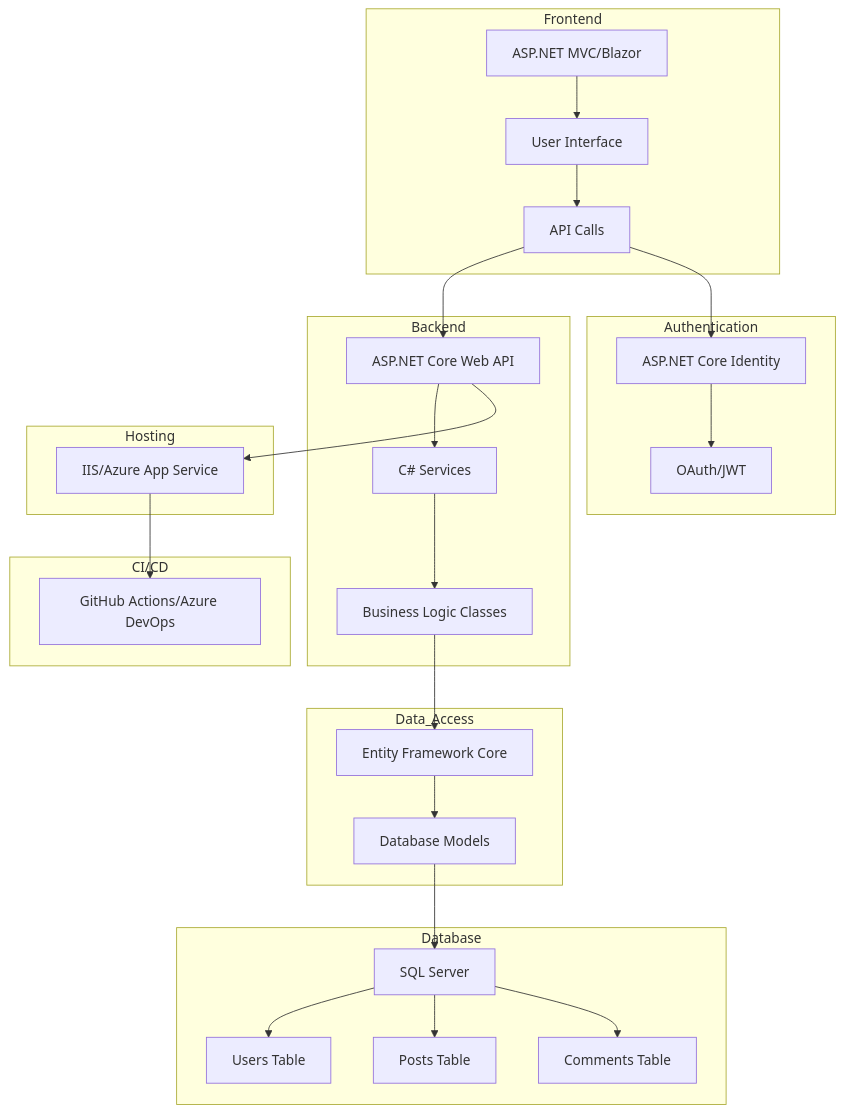
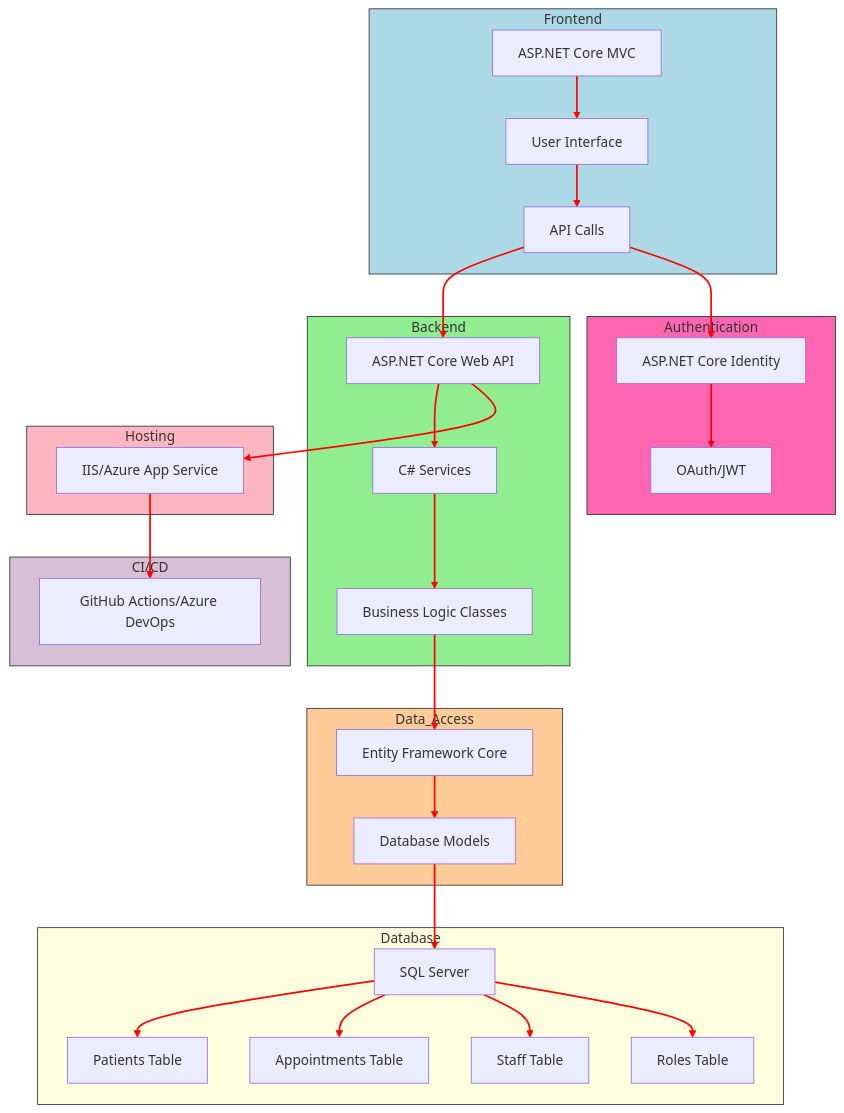
Before and after one commit to olehcollins/Bright-Smiles: the diagram in docs/architecture.md, drawn with Mermaid. The commit also changed other lines of this file and 94 other files, not shown here.

````diff
--- a/docs/architecture.md
+++ b/docs/architecture.md
@@ -3,38 +3,59 @@
 ```mermaid
 graph TD;
     subgraph Frontend
-        A[ASP.NET MVC/Blazor] --> B[User Interface]
+        A[ASP.NET Core MVC] --> B[User Interface]
         B --> C[API Calls]
     end
 
     subgraph Backend
         C --> D[ASP.NET Core Web API]
         D --> E[C# Services]
         E --> F[Business Logic Classes]
     end
 
     subgraph Data_Access
         F --> G[Entity Framework Core]
         G --> H[Database Models]
     end
 
     subgraph Database
         H --> I[SQL Server]
-        I --> J[Users Table]
-        I --> K[Posts Table]
-        I --> L[Comments Table]
+        I --> J[Patients Table]
+        I --> K[Appointments Table]
+        I --> L[Staff Table]
+        I --> M[Roles Table]
     end
 
     subgraph Authentication
-        C --> M[ASP.NET Core Identity]
-        M --> N[OAuth/JWT]
+        C --> N[ASP.NET Core Identity]
+        N --> O[OAuth/JWT]
     end
 
     subgraph Hosting
-        D --> O[IIS/Azure App Service]
+        D --> P[IIS/Azure App Service]
     end
 
     subgraph CI/CD
-        O --> P[GitHub Actions/Azure DevOps]
+        P --> Q[GitHub Actions/Azure DevOps]
     end
+
+    %% Define link styles
+    linkStyle default stroke:#ff0000, stroke-width:2px;
+
+    %% Define section colours
+    classDef frontend fill:#add8e6,stroke:#333,stroke-width:2px;    %% light blue
+    classDef backend fill:#90ee90,stroke:#333,stroke-width:2px;     %% light green
+    classDef data_access fill:#ffcc99,stroke:#333,stroke-width:2px;  %% light orange
+    classDef database fill:#ffffe0,stroke:#333,stroke-width:2px;     %% yellow
+    classDef authentication fill:#ff66b2,stroke:#333,stroke-width:2px; %% rose
+    classDef hosting fill:#ffb6c1,stroke:#333,stroke-width:2px;      %% light pink
+    classDef ci_cd fill:#d8bfd8,stroke:#333,stroke-width:2px;        %% light purple
+
+    class Frontend frontend;
+    class Backend backend;
+    class Data_Access data_access;
+    class Database database;
+    class Authentication authentication;
+    class Hosting hosting;
+    class CI/CD ci_cd;
 ```
````
